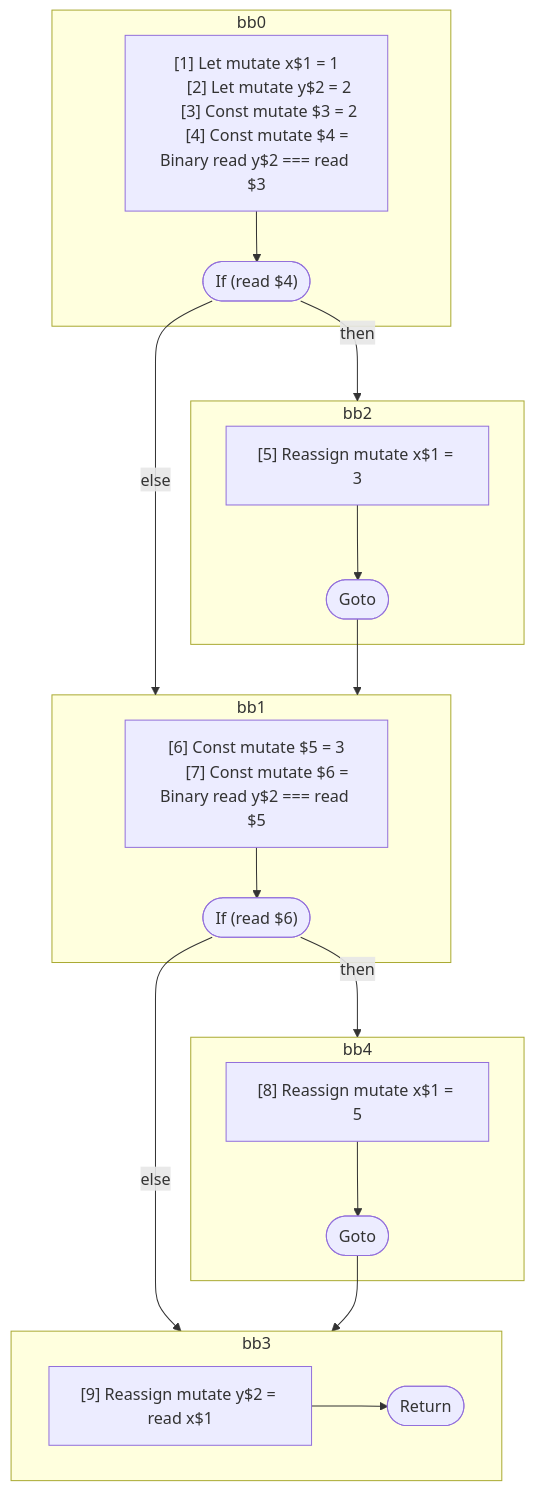
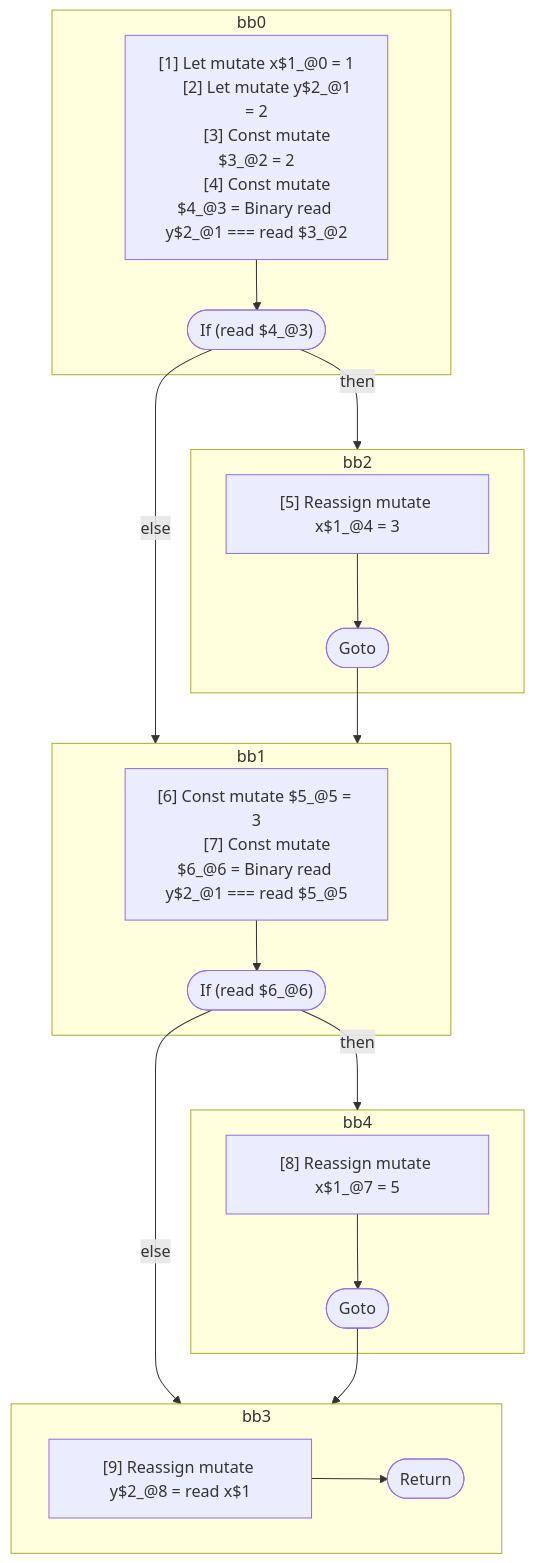
One commit to wutsmog/private changed the diagram in compiler/forget/src/__tests__/fixtures/hir/ssa-complex-multiple-if.expect.md. Above: the diagram before and after it, drawn with Mermaid. The commit also changed other lines of this file and 60 other files, not shown here.

````diff
--- a/compiler/forget/src/__tests__/fixtures/hir/ssa-complex-multiple-if.expect.md
+++ b/compiler/forget/src/__tests__/fixtures/hir/ssa-complex-multiple-if.expect.md
@@ -50,47 +50,47 @@
 ```mermaid
 flowchart TB
   %% Basic Blocks
   subgraph bb0
     bb0_instrs["
-      [1] Let mutate x$1 = 1
-      [2] Let mutate y$2 = 2
-      [3] Const mutate $3 = 2
-      [4] Const mutate $4 = Binary read y$2 === read $3
+      [1] Let mutate x$1_@0 = 1
+      [2] Let mutate y$2_@1 = 2
+      [3] Const mutate $3_@2 = 2
+      [4] Const mutate $4_@3 = Binary read y$2_@1 === read $3_@2
     "]
-    bb0_instrs --> bb0_terminal(["If (read $4)"])
+    bb0_instrs --> bb0_terminal(["If (read $4_@3)"])
   end
   subgraph bb2
     bb2_instrs["
-      [5] Reassign mutate x$1 = 3
+      [5] Reassign mutate x$1_@4 = 3
     "]
     bb2_instrs --> bb2_terminal(["Goto"])
   end
   subgraph bb1
     bb1_instrs["
-      [6] Const mutate $5 = 3
-      [7] Const mutate $6 = Binary read y$2 === read $5
+      [6] Const mutate $5_@5 = 3
+      [7] Const mutate $6_@6 = Binary read y$2_@1 === read $5_@5
     "]
-    bb1_instrs --> bb1_terminal(["If (read $6)"])
+    bb1_instrs --> bb1_terminal(["If (read $6_@6)"])
   end
   subgraph bb4
     bb4_instrs["
-      [8] Reassign mutate x$1 = 5
+      [8] Reassign mutate x$1_@7 = 5
     "]
     bb4_instrs --> bb4_terminal(["Goto"])
   end
   subgraph bb3
     bb3_instrs["
-      [9] Reassign mutate y$2 = read x$1
+      [9] Reassign mutate y$2_@8 = read x$1
     "]
     bb3_instrs --> bb3_terminal(["Return"])
   end
 
   %% Jumps
   bb0_terminal -- then --> bb2
   bb0_terminal -- else --> bb1
   bb2_terminal --> bb1
   bb1_terminal -- then --> bb4
   bb1_terminal -- else --> bb3
   bb4_terminal --> bb3
 
 ```
````
